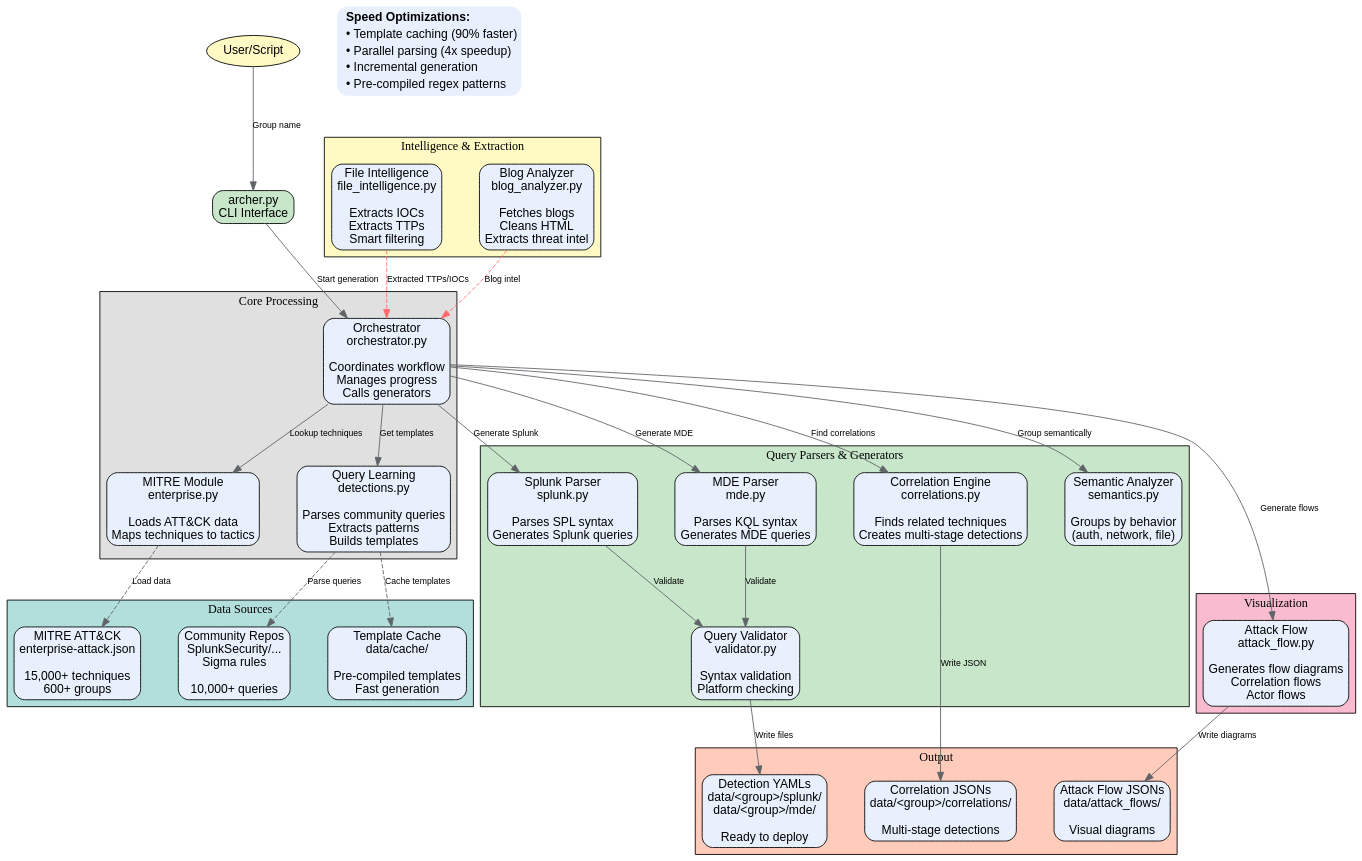
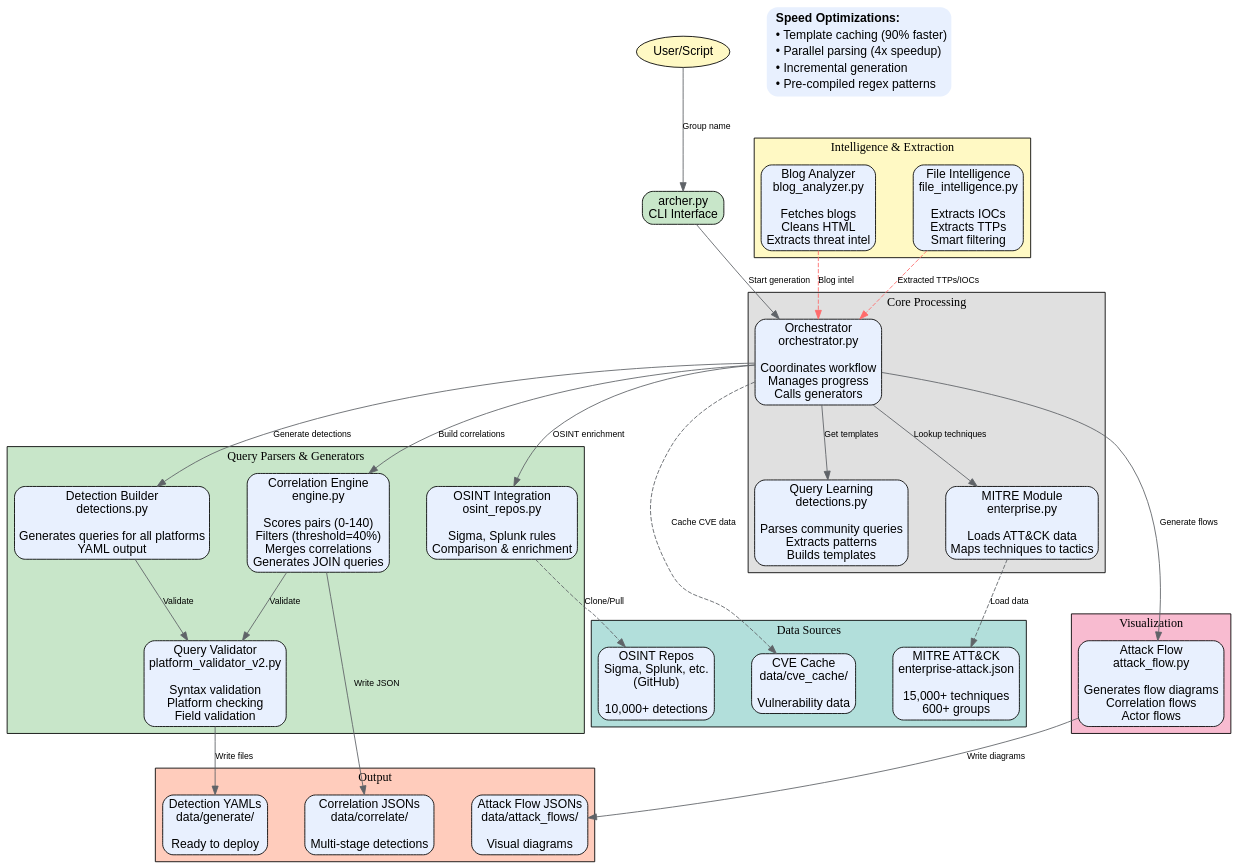
The diagram in docs/architecture/cli_diagram.dot (cmdaltr/shikari), drawn with Graphviz before and after one commit. The commit also changed 76 other files, not shown here.

```diff
--- a/docs/architecture/cli_diagram.dot
+++ b/docs/architecture/cli_diagram.dot
@@ -1,122 +1,120 @@
 digraph ArcherCLI {
     rankdir=TB;
     node [shape=box, style="rounded,filled", fillcolor="#e8f0fe", fontname="Arial"];
     edge [color="#5f6368", fontname="Arial", fontsize=10];
 
     graph [bgcolor="transparent", pad="0.5", ranksep="0.8", nodesep="0.6"];
 
     // User input
     user [label="User/Script", shape=ellipse, fillcolor="#fff9c4", style="filled"];
 
     // CLI entry point
     cli [label="archer.py\nCLI Interface", fillcolor="#c8e6c9"];
 
     // Core modules
     subgraph cluster_core {
         label="Core Processing";
         style=filled;
         fillcolor="#e0e0e0";
         fontname="Arial Bold";
 
         mitre [label="MITRE Module\nenterprise.py\n\nLoads ATT&CK data\nMaps techniques to tactics"];
         learning [label="Query Learning\ndetections.py\n\nParses community queries\nExtracts patterns\nBuilds templates"];
         orchestrator [label="Orchestrator\norchestrator.py\n\nCoordinates workflow\nManages progress\nCalls generators"];
     }
 
     // Parser layer
     subgraph cluster_parsers {
         label="Query Parsers & Generators";
         style=filled;
         fillcolor="#c8e6c9";
         fontname="Arial Bold";
 
-        splunk [label="Splunk Parser\nsplunk.py\n\nParses SPL syntax\nGenerates Splunk queries"];
-        mde [label="MDE Parser\nmde.py\n\nParses KQL syntax\nGenerates MDE queries"];
-        correlations [label="Correlation Engine\ncorrelations.py\n\nFinds related techniques\nCreates multi-stage detections"];
-        semantics [label="Semantic Analyzer\nsemantics.py\n\nGroups by behavior\n(auth, network, file)"];
-        validator [label="Query Validator\nvalidator.py\n\nSyntax validation\nPlatform checking"];
+        detections [label="Detection Builder\ndetections.py\n\nGenerates queries for all platforms\nYAML output"];
+        correlations [label="Correlation Engine\nengine.py\n\nScores pairs (0-140)\nFilters (threshold=40%)\nMerges correlations\nGenerates JOIN queries"];
+        osint [label="OSINT Integration\nosint_repos.py\n\nSigma, Splunk rules\nComparison & enrichment"];
+        validator [label="Query Validator\nplatform_validator_v2.py\n\nSyntax validation\nPlatform checking\nField validation"];
     }
 
     // Intelligence layer
     subgraph cluster_intelligence {
         label="Intelligence & Extraction";
         style=filled;
         fillcolor="#fff9c4";
         fontname="Arial Bold";
 
         file_intel [label="File Intelligence\nfile_intelligence.py\n\nExtracts IOCs\nExtracts TTPs\nSmart filtering"];
         blog_analyzer [label="Blog Analyzer\nblog_analyzer.py\n\nFetches blogs\nCleans HTML\nExtracts threat intel"];
     }
 
     // Visualization
     subgraph cluster_viz {
         label="Visualization";
         style=filled;
         fillcolor="#f8bbd0";
         fontname="Arial Bold";
 
         attack_flow [label="Attack Flow\nattack_flow.py\n\nGenerates flow diagrams\nCorrelation flows\nActor flows"];
     }
 
     // Data sources
     subgraph cluster_data {
         label="Data Sources";
         style=filled;
         fillcolor="#b2dfdb";
         fontname="Arial Bold";
 
         attack_data [label="MITRE ATT&CK\nenterprise-attack.json\n\n15,000+ techniques\n600+ groups"];
-        repos [label="Community Repos\nSplunkSecurity/...\nSigma rules\n\n10,000+ queries"];
-        cache [label="Template Cache\ndata/cache/\n\nPre-compiled templates\nFast generation"];
+        repos [label="OSINT Repos\nSigma, Splunk, etc.\n(GitHub)\n\n10,000+ detections"];
+        cache [label="CVE Cache\ndata/cve_cache/\n\nVulnerability data"];
     }
 
     // Output
     subgraph cluster_output {
         label="Output";
         style=filled;
         fillcolor="#ffccbc";
         fontname="Arial Bold";
 
-        yamls [label="Detection YAMLs\ndata/<group>/splunk/\ndata/<group>/mde/\n\nReady to deploy"];
-        corr_files [label="Correlation JSONs\ndata/<group>/correlations/\n\nMulti-stage detections"];
+        yamls [label="Detection YAMLs\ndata/generate/\n\nReady to deploy"];
+        corr_files [label="Correlation JSONs\ndata/correlate/\n\nMulti-stage detections"];
         flow_files [label="Attack Flow JSONs\ndata/attack_flows/\n\nVisual diagrams"];
     }
 
     // Main workflow
     user -> cli [label="Group name"];
     cli -> orchestrator [label="Start generation"];
     orchestrator -> mitre [label="Lookup techniques"];
     orchestrator -> learning [label="Get templates"];
 
     mitre -> attack_data [label="Load data", style=dashed];
-    learning -> repos [label="Parse queries", style=dashed];
-    learning -> cache [label="Cache templates", style=dashed];
+    osint -> repos [label="Clone/Pull", style=dashed];
+    orchestrator -> cache [label="Cache CVE data", style=dashed];
 
-    orchestrator -> splunk [label="Generate Splunk"];
-    orchestrator -> mde [label="Generate MDE"];
-    orchestrator -> correlations [label="Find correlations"];
-    orchestrator -> semantics [label="Group semantically"];
+    orchestrator -> detections [label="Generate detections"];
+    orchestrator -> correlations [label="Build correlations"];
+    orchestrator -> osint [label="OSINT enrichment"];
     orchestrator -> attack_flow [label="Generate flows"];
 
-    splunk -> validator [label="Validate"];
-    mde -> validator [label="Validate"];
+    detections -> validator [label="Validate"];
+    correlations -> validator [label="Validate"];
 
     validator -> yamls [label="Write files"];
     correlations -> corr_files [label="Write JSON"];
     attack_flow -> flow_files [label="Write diagrams"];
 
     // Intelligence paths
     file_intel -> orchestrator [label="Extracted TTPs/IOCs", style=dashed, color="#ff6b6b"];
     blog_analyzer -> orchestrator [label="Blog intel", style=dashed, color="#ff6b6b"];
 
     // Legend
     legend [shape=plaintext, label=<
         <table border="0" cellborder="0" cellspacing="0">
         <tr><td align="left"><b>Speed Optimizations:</b></td></tr>
         <tr><td align="left">• Template caching (90% faster)</td></tr>
         <tr><td align="left">• Parallel parsing (4x speedup)</td></tr>
         <tr><td align="left">• Incremental generation</td></tr>
         <tr><td align="left">• Pre-compiled regex patterns</td></tr>
         </table>
     >];
 }
```
